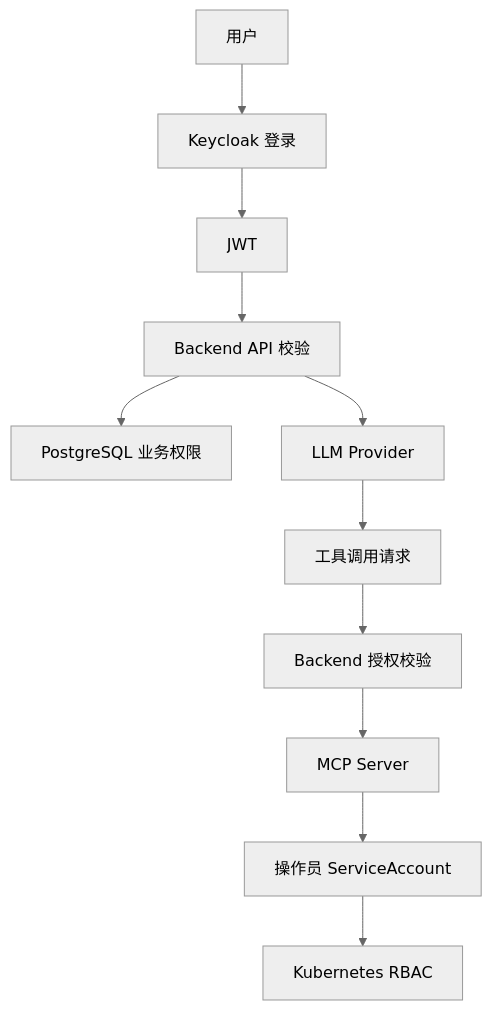
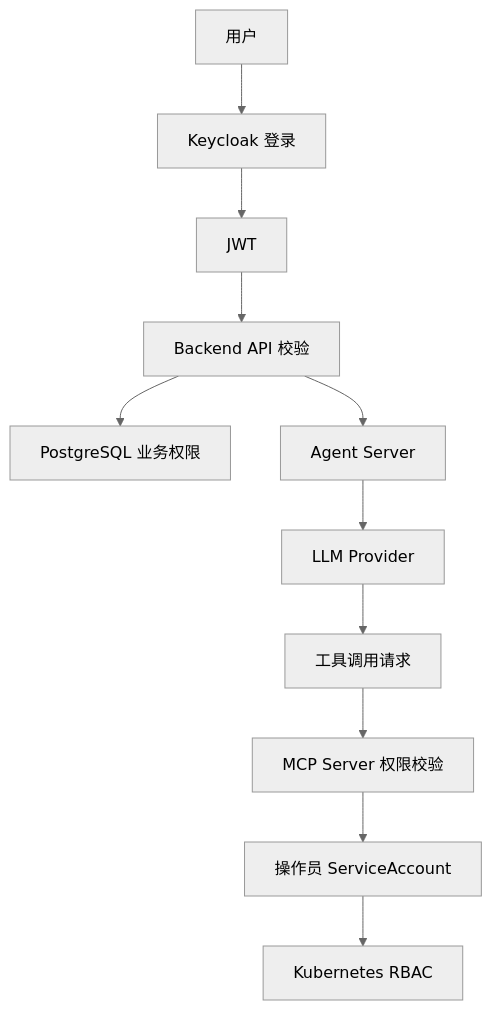
Before and after one commit to ZhaoXiangHeng/k8s-agent: the diagram in docs/security/security-design.md, drawn with Mermaid (neutral theme). The commit also changed other lines of this file and 128 other files, not shown here.

````diff
--- a/docs/security/security-design.md
+++ b/docs/security/security-design.md
@@ -23,13 +22,13 @@
 ```mermaid
 flowchart TD
   User["用户"] --> KC["Keycloak 登录"]
   KC --> JWT["JWT"]
   JWT --> API["Backend API 校验"]
   API --> DB["PostgreSQL 业务权限"]
-  API --> LLM["LLM Provider"]
+  API --> Agent["Agent Server"]
+  Agent --> LLM["LLM Provider"]
   LLM --> Tool["工具调用请求"]
-  Tool --> Check["Backend 授权校验"]
-  Check --> MCP["MCP Server"]
+  Tool --> MCP["MCP Server 权限校验"]
   MCP --> SA["操作员 ServiceAccount"]
   SA --> K8S["Kubernetes RBAC"]
 ```
````
